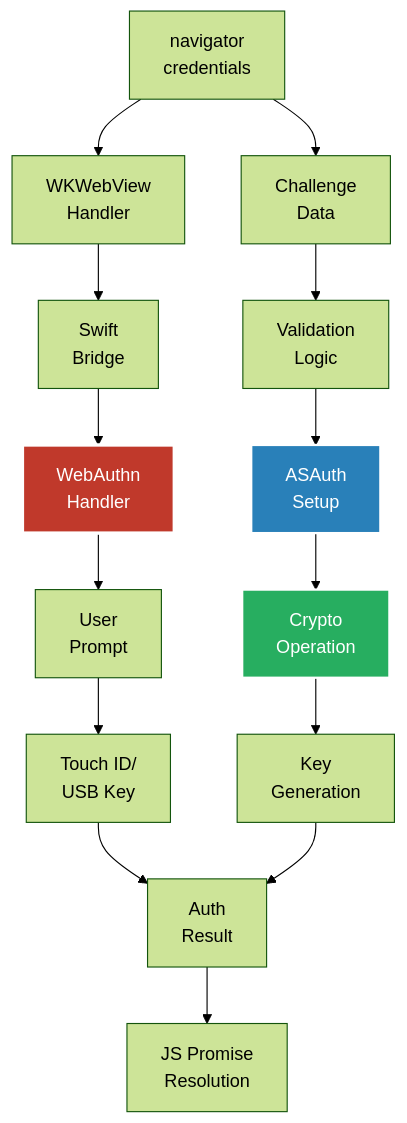
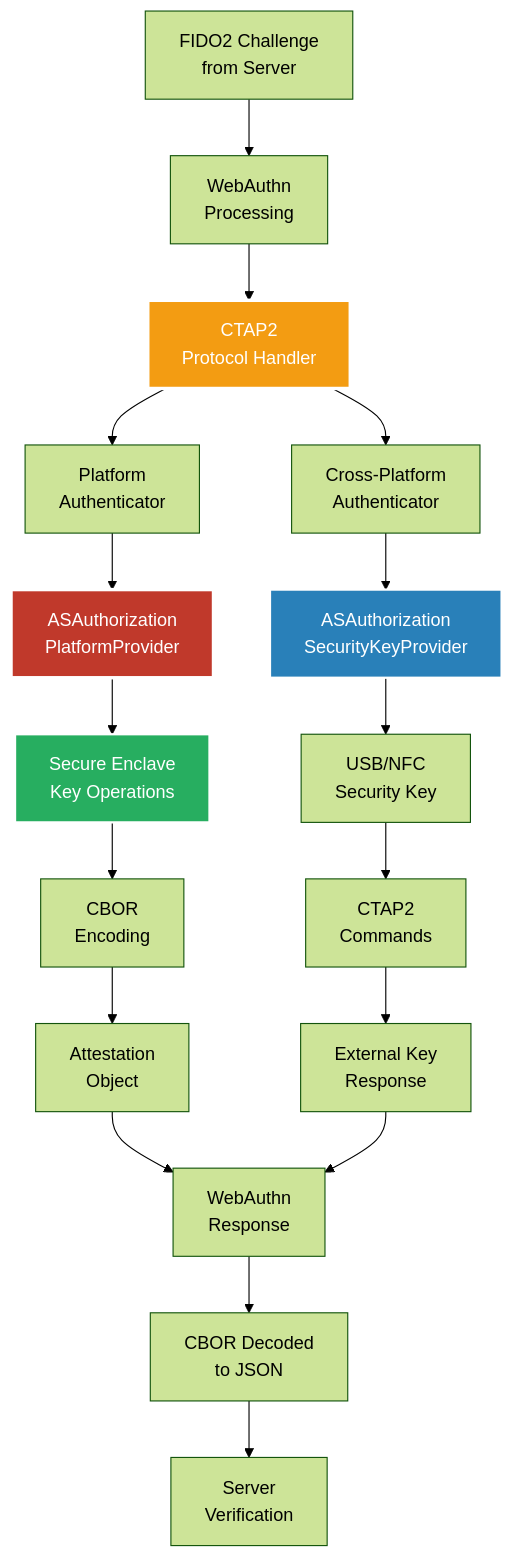
Before and after one commit to webauthnai/Web-Man: the seventh of 7 diagrams in README.md, drawn with Mermaid (forest theme). The commit also changed other lines of this file, not shown here.

````diff
--- a/README.md
+++ b/README.md
@@ -316,25 +320,30 @@
 ```mermaid
 graph TD
-    A[navigator<br/>credentials] --> B[WKWebView<br/>Handler]
-    A --> C[Challenge<br/>Data]
+    A[FIDO2 Challenge<br/>from Server] --> B[WebAuthn<br/>Processing]
+    B --> C[CTAP2<br/>Protocol Handler]
     
-    B --> D[Swift<br/>Bridge]
-    C --> E[Validation<br/>Logic]
+    C --> D[Platform<br/>Authenticator]
+    C --> E[Cross-Platform<br/>Authenticator]
     
-    D --> F[WebAuthn<br/>Handler]
-    E --> G[ASAuth<br/>Setup]
+    D --> F[ASAuthorization<br/>PlatformProvider]
+    E --> G[ASAuthorization<br/>SecurityKeyProvider]
     
-    F --> H[User<br/>Prompt]
-    G --> I[Crypto<br/>Operation]
+    F --> H[Secure Enclave<br/>Key Operations]
+    G --> I[USB/NFC<br/>Security Key]
     
-    H --> J[Touch ID/<br/>USB Key]
-    I --> K[Key<br/>Generation]
+    H --> J[CBOR<br/>Encoding]
+    I --> K[CTAP2<br/>Commands]
     
-    J --> L[Auth<br/>Result]
-    K --> L
-    L --> M[JS Promise<br/>Resolution]
+    J --> L[Attestation<br/>Object]
+    K --> M[External Key<br/>Response]
     
+    L --> N[WebAuthn<br/>Response]
+    M --> N
+    N --> O[CBOR Decoded<br/>to JSON]
+    O --> P[Server<br/>Verification]
+    
+    style C fill:#f39c12,stroke:#fff,stroke-width:3px,color:#fff
     style F fill:#c0392b,stroke:#fff,stroke-width:3px,color:#fff
     style G fill:#2980b9,stroke:#fff,stroke-width:2px,color:#fff
-    style I fill:#27ae60,stroke:#fff,stroke-width:2px,color:#fff
+    style H fill:#27ae60,stroke:#fff,stroke-width:2px,color:#fff
 ```
````
